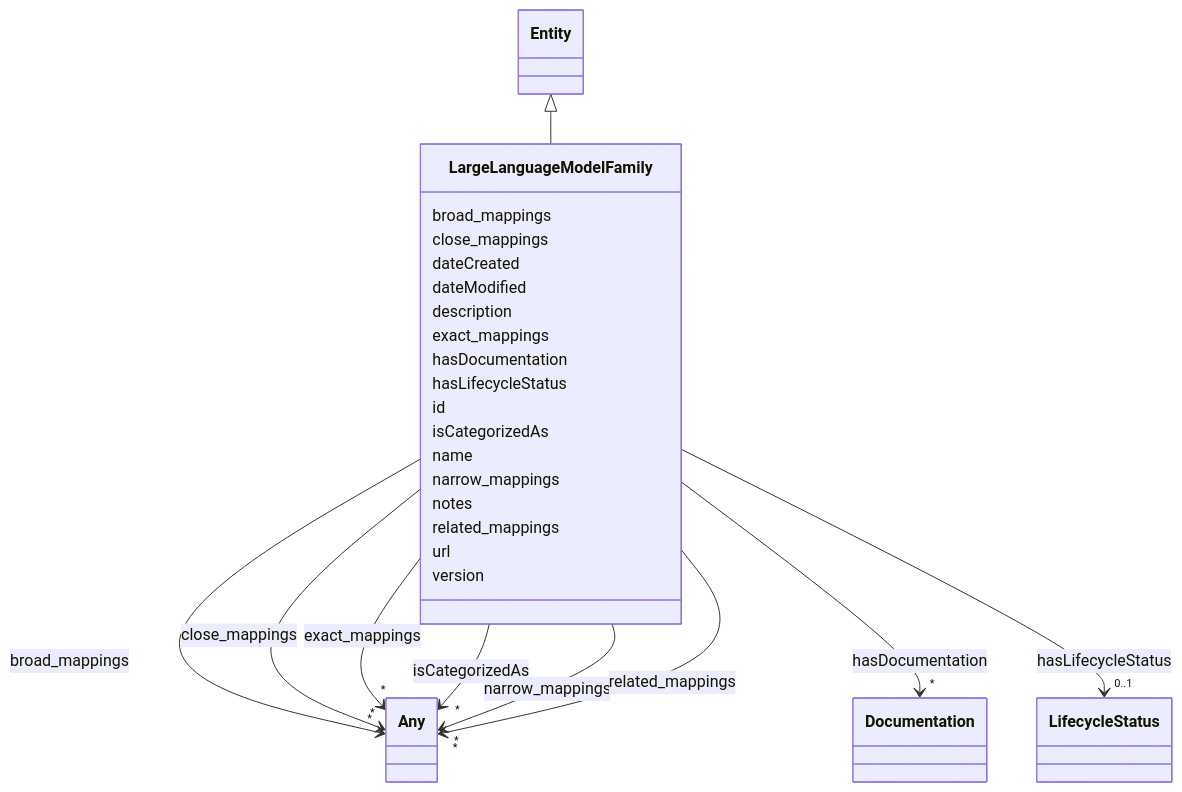
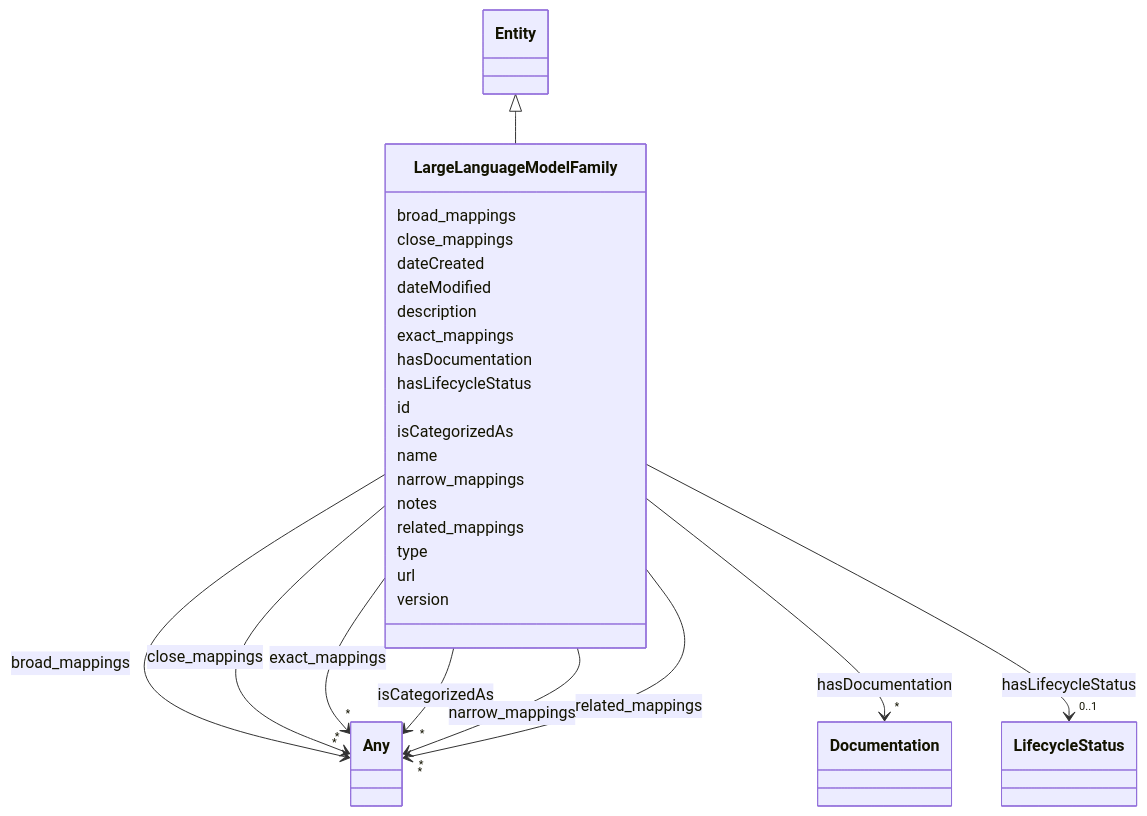
One commit to IBM/ai-atlas-nexus changed the diagram in docs/ontology/LargeLanguageModelFamily.md. Above: the diagram before and after it, drawn with Mermaid. The commit also changed other lines of this file and 151 other files, not shown here.

```diff
--- a/docs/ontology/LargeLanguageModelFamily.md
+++ b/docs/ontology/LargeLanguageModelFamily.md
@@ -118,6 +118,8 @@
 
 
 
+      LargeLanguageModelFamily : type
+
       LargeLanguageModelFamily : url
 
       LargeLanguageModelFamily : version
```
